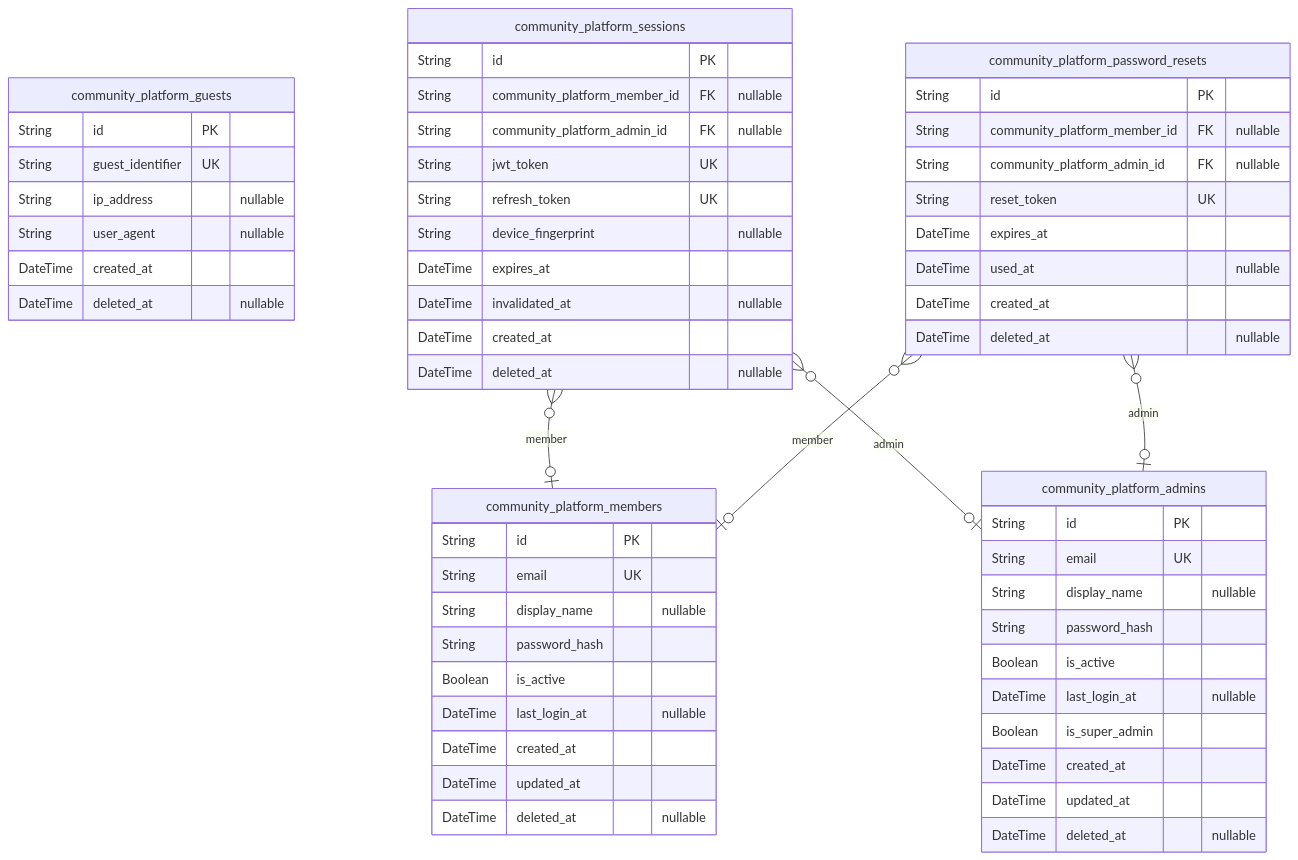
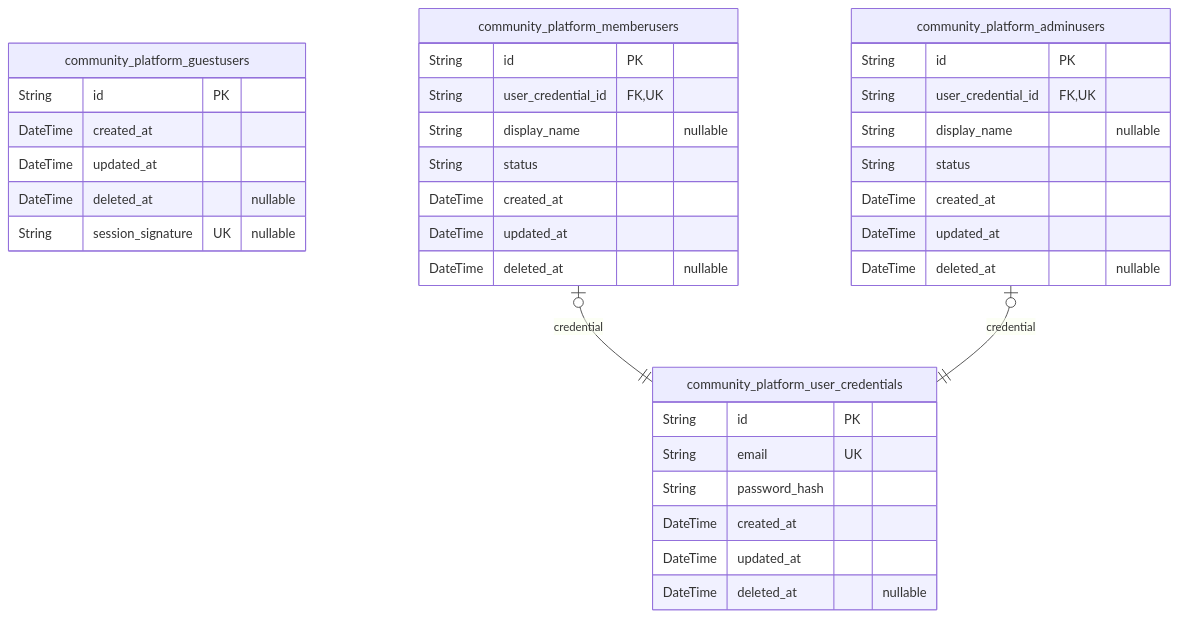
The second of 6 diagrams in docs/ERD.md (wrtnlabs/autobe-example-reddit-openai-gpt-4.1), drawn with Mermaid before and after one commit. The commit also changed other lines of this file and 820 other files, not shown here.

````diff
--- a/docs/ERD.md
+++ b/docs/ERD.md
@@ -134,60 +192,38 @@
 ```mermaid
 erDiagram
-"community_platform_guests" {
+"community_platform_guestusers" {
   String id PK
-  String guest_identifier UK
-  String ip_address "nullable"
-  String user_agent "nullable"
   DateTime created_at
+  DateTime updated_at
   DateTime deleted_at "nullable"
+  String session_signature UK "nullable"
 }
-"community_platform_members" {
+"community_platform_memberusers" {
   String id PK
-  String email UK
+  String user_credential_id FK,UK
   String display_name "nullable"
-  String password_hash
-  Boolean is_active
-  DateTime last_login_at "nullable"
+  String status
   DateTime created_at
   DateTime updated_at
   DateTime deleted_at "nullable"
 }
-"community_platform_admins" {
+"community_platform_adminusers" {
   String id PK
-  String email UK
+  String user_credential_id FK,UK
   String display_name "nullable"
-  String password_hash
-  Boolean is_active
-  DateTime last_login_at "nullable"
-  Boolean is_super_admin
+  String status
   DateTime created_at
   DateTime updated_at
   DateTime deleted_at "nullable"
 }
-"community_platform_sessions" {
+"community_platform_user_credentials" {
   String id PK
-  String community_platform_member_id FK "nullable"
-  String community_platform_admin_id FK "nullable"
-  String jwt_token UK
-  String refresh_token UK
-  String device_fingerprint "nullable"
-  DateTime expires_at
-  DateTime invalidated_at "nullable"
+  String email UK
+  String password_hash
   DateTime created_at
+  DateTime updated_at
   DateTime deleted_at "nullable"
 }
-"community_platform_password_resets" {
-  String id PK
-  String community_platform_member_id FK "nullable"
-  String community_platform_admin_id FK "nullable"
-  String reset_token UK
-  DateTime expires_at
-  DateTime used_at "nullable"
-  DateTime created_at
-  DateTime deleted_at "nullable"
-}
-"community_platform_sessions" }o--o| "community_platform_members" : member
-"community_platform_sessions" }o--o| "community_platform_admins" : admin
-"community_platform_password_resets" }o--o| "community_platform_members" : member
-"community_platform_password_resets" }o--o| "community_platform_admins" : admin
+"community_platform_memberusers" |o--|| "community_platform_user_credentials" : credential
+"community_platform_adminusers" |o--|| "community_platform_user_credentials" : credential
 ```
````
